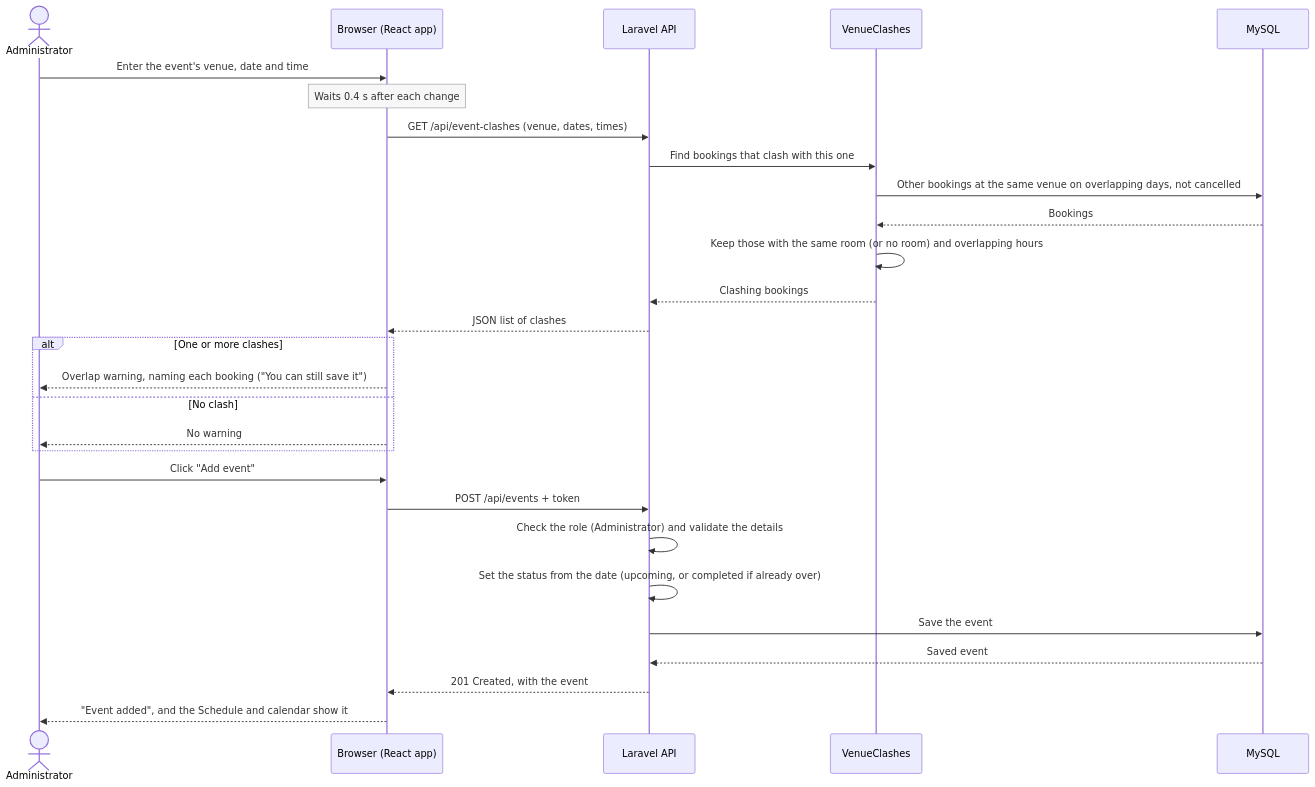
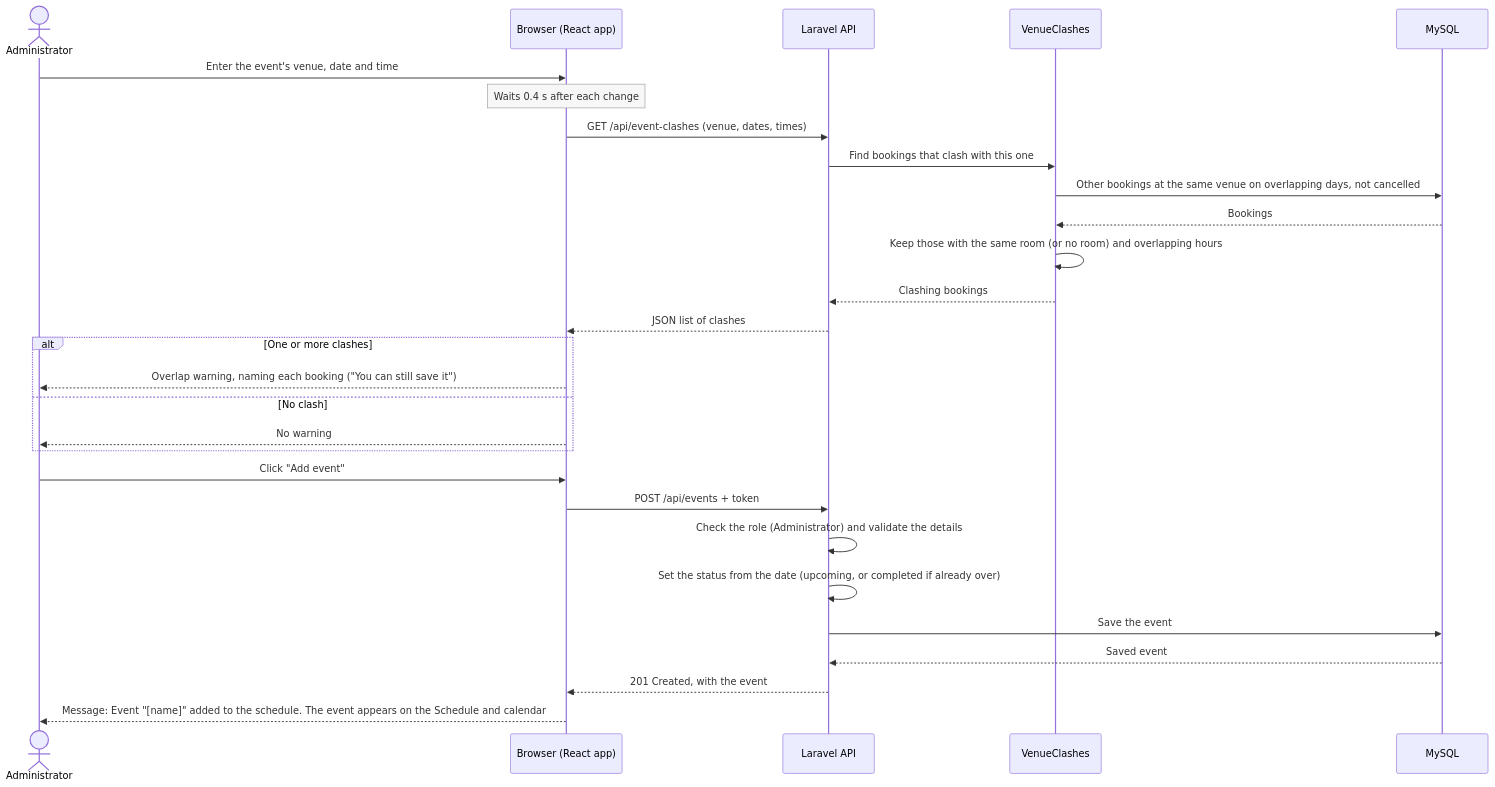
One commit to XyroneKyleYlanan/EMO-Tracker changed the diagram in docs/paper/diagrams/src/sequence-add-event.mmd. Above: the diagram before and after it, drawn with Mermaid. The commit also changed 17 other files, not shown here.

Commit message:
Add Capstone 2 versions of every Capstone 1 figure and appendix, with descriptions

```diff
--- a/docs/paper/diagrams/src/sequence-add-event.mmd
+++ b/docs/paper/diagrams/src/sequence-add-event.mmd
@@ -1,35 +1,35 @@
 ---
 config:
   themeVariables:
     noteBkgColor: "#f7f7f7"
     noteTextColor: "#333333"
     noteBorderColor: "#999999"
 ---
 sequenceDiagram
     actor A as Administrator
     participant B as Browser (React app)
     participant L as Laravel API
     participant C as VenueClashes
     participant D as MySQL
     A->>B: Enter the event's venue, date and time
     Note over B: Waits 0.4 s after each change
     B->>L: GET /api/event-clashes (venue, dates, times)
     L->>C: Find bookings that clash with this one
     C->>D: Other bookings at the same venue on overlapping days, not cancelled
     D-->>C: Bookings
     C->>C: Keep those with the same room (or no room) and overlapping hours
     C-->>L: Clashing bookings
     L-->>B: JSON list of clashes
     alt One or more clashes
         B-->>A: Overlap warning, naming each booking ("You can still save it")
     else No clash
         B-->>A: No warning
     end
     A->>B: Click "Add event"
     B->>L: POST /api/events + token
     L->>L: Check the role (Administrator) and validate the details
     L->>L: Set the status from the date (upcoming, or completed if already over)
     L->>D: Save the event
     D-->>L: Saved event
     L-->>B: 201 Created, with the event
-    B-->>A: "Event added", and the Schedule and calendar show it
+    B-->>A: Message: Event "[name]" added to the schedule. The event appears on the Schedule and calendar
```
